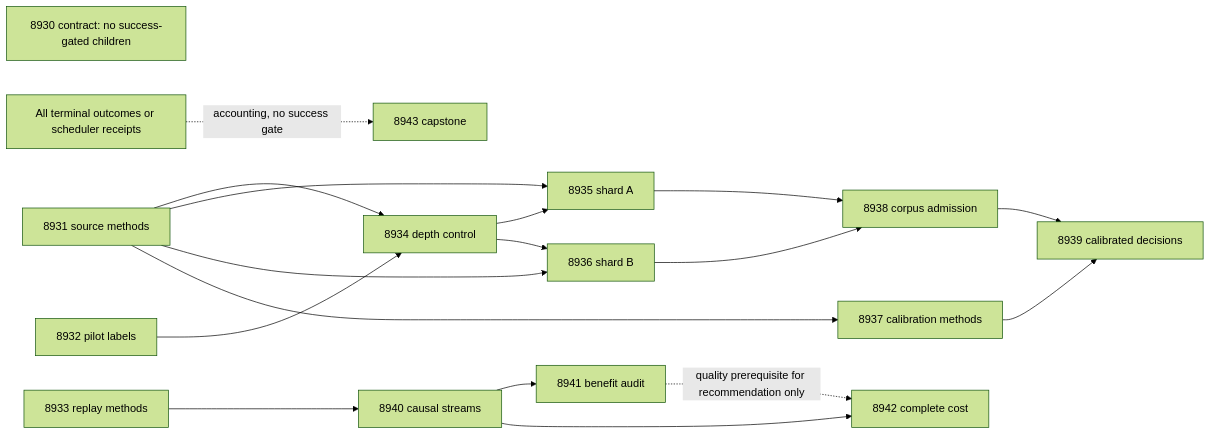
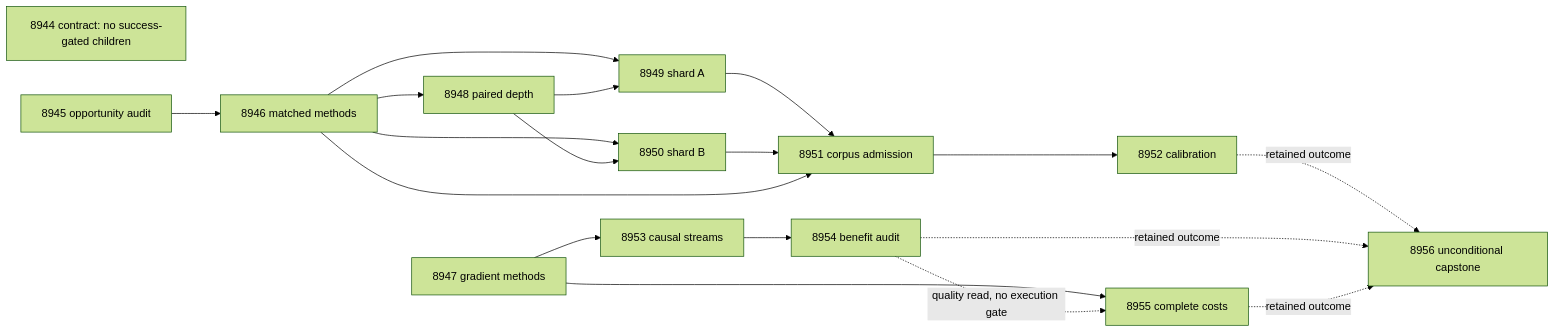
One commit to Carnot-EBM/carnot-ebm changed the second of 2 diagrams in openspec/change-proposals/research-roadmap-vNEXT.md. Above: the diagram before and after it, drawn with Mermaid (forest theme). The commit also changed other lines of this file and 19 other files, not shown here.

````diff
--- a/openspec/change-proposals/research-roadmap-vNEXT.md
+++ b/openspec/change-proposals/research-roadmap-vNEXT.md
@@ -208,20 +221,21 @@
 ```mermaid
 flowchart LR
-    E8930[8930 contract: no success-gated children]
-    E8931[8931 source methods] --> E8934[8934 depth control]
-    E8932[8932 pilot labels] --> E8934
-    E8931 --> E8935[8935 shard A]
-    E8931 --> E8936[8936 shard B]
-    E8934 --> E8935
-    E8934 --> E8936
-    E8931 --> E8937[8937 calibration methods]
-    E8935 --> E8938[8938 corpus admission]
-    E8936 --> E8938
-    E8937 --> E8939[8939 calibrated decisions]
-    E8938 --> E8939
-    E8933[8933 replay methods] --> E8940[8940 causal streams]
-    E8940 --> E8941[8941 benefit audit]
-    E8940 --> E8942[8942 complete cost]
-    E8941 -. quality prerequisite for recommendation only .-> E8942
-    ALL[All terminal outcomes or scheduler receipts] -. accounting, no success gate .-> E8943[8943 capstone]
+    E8944[8944 contract: no success-gated children]
+    E8945[8945 opportunity audit] --> E8946[8946 matched methods]
+    E8946 --> E8948[8948 paired depth]
+    E8946 --> E8949[8949 shard A]
+    E8946 --> E8950[8950 shard B]
+    E8948 --> E8949
+    E8948 --> E8950
+    E8949 --> E8951[8951 corpus admission]
+    E8950 --> E8951
+    E8946 --> E8951
+    E8951 --> E8952[8952 calibration]
+    E8947[8947 gradient methods] --> E8953[8953 causal streams]
+    E8953 --> E8954[8954 benefit audit]
+    E8947 --> E8955[8955 complete costs]
+    E8954 -. quality read, no execution gate .-> E8955
+    E8952 -. retained outcome .-> E8956[8956 unconditional capstone]
+    E8954 -. retained outcome .-> E8956
+    E8955 -. retained outcome .-> E8956
 ```
````
